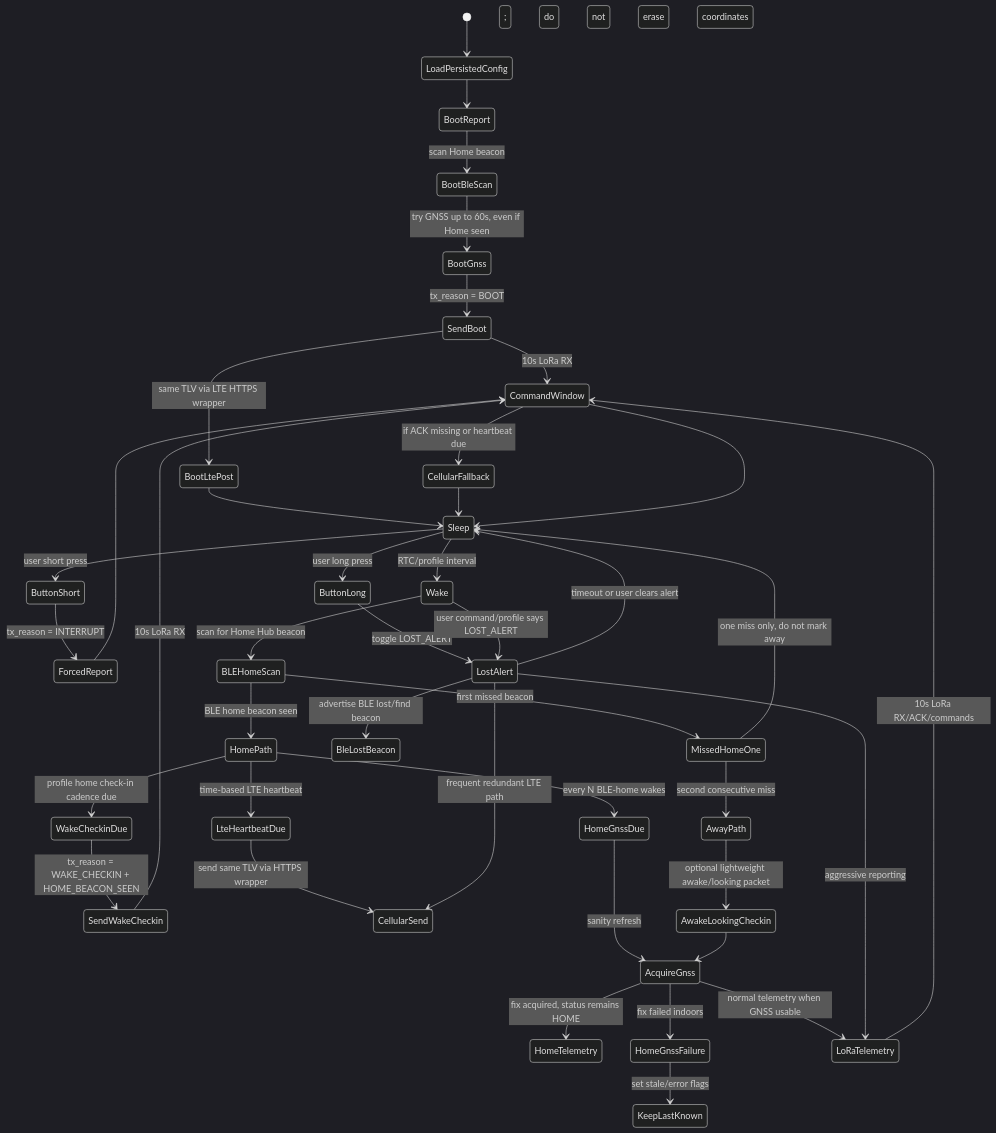
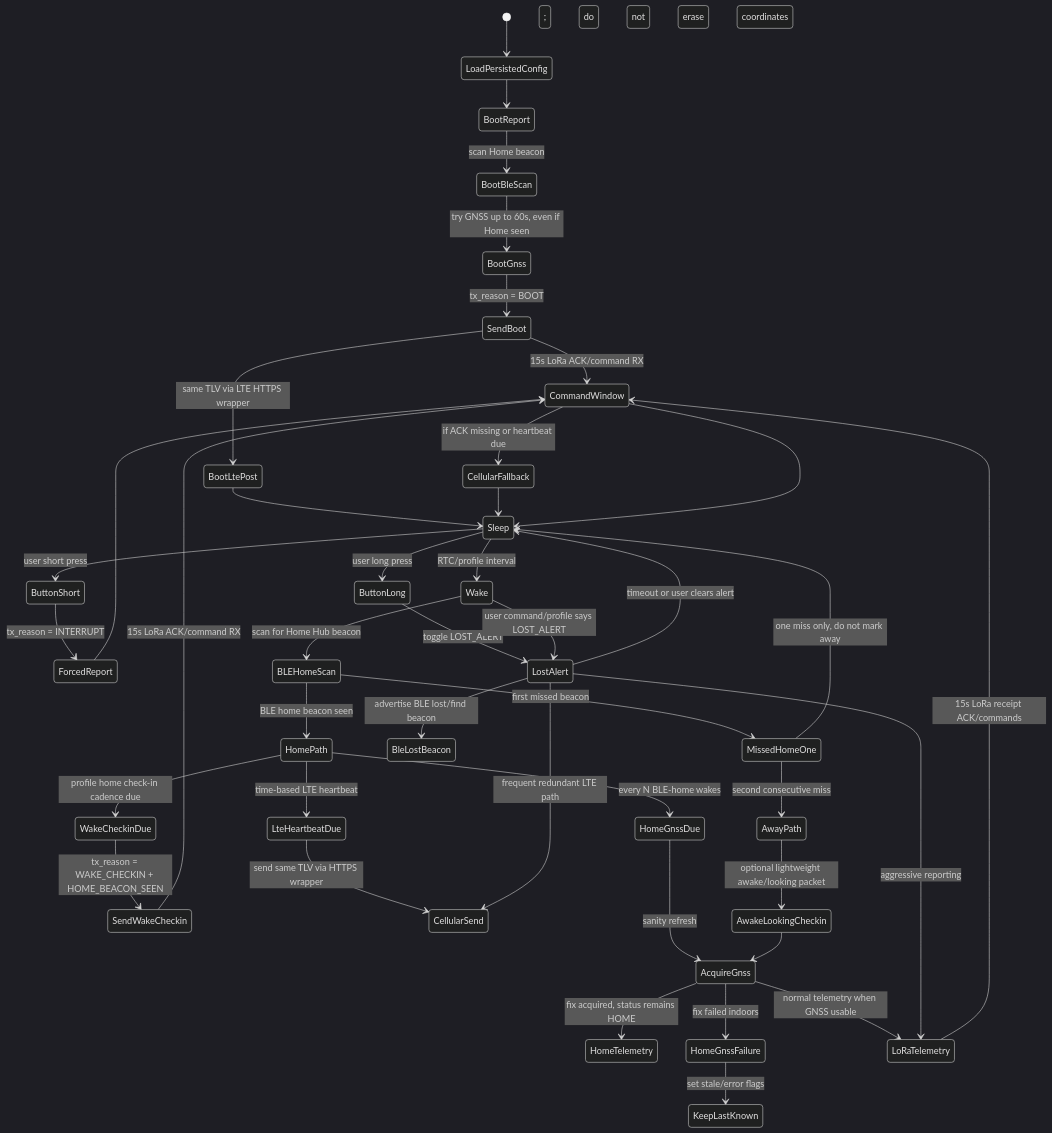
The diagram in docs/COLLAR_RUNTIME_DECISIONS.md (rees3901/BluepawsV4), drawn with Mermaid (dark theme) before and after one commit. The commit also changed other lines of this file and 8 other files, not shown here.

````diff
--- a/docs/COLLAR_RUNTIME_DECISIONS.md
+++ b/docs/COLLAR_RUNTIME_DECISIONS.md
@@ -76,53 +76,53 @@
 ```mermaid
 stateDiagram-v2
   [*] --> LoadPersistedConfig
   LoadPersistedConfig --> BootReport
   BootReport --> BootBleScan: scan Home beacon
   BootBleScan --> BootGnss: try GNSS up to 60s, even if Home seen
   BootGnss --> SendBoot: tx_reason = BOOT
-  SendBoot --> CommandWindow: 10s LoRa RX
+  SendBoot --> CommandWindow: 15s LoRa ACK/command RX
   SendBoot --> BootLtePost: same TLV via LTE HTTPS wrapper
   BootLtePost --> Sleep
 
   Sleep --> ButtonShort: user short press
   ButtonShort --> ForcedReport: tx_reason = INTERRUPT
   ForcedReport --> CommandWindow
 
   Sleep --> ButtonLong: user long press
   ButtonLong --> LostAlert: toggle LOST_ALERT
 
   Sleep --> Wake: RTC/profile interval
   Wake --> BLEHomeScan: scan for Home Hub beacon
 
   BLEHomeScan --> HomePath: BLE home beacon seen
   BLEHomeScan --> MissedHomeOne: first missed beacon
   MissedHomeOne --> Sleep: one miss only, do not mark away
   MissedHomeOne --> AwayPath: second consecutive miss
 
   HomePath --> WakeCheckinDue: profile home check-in cadence due
   WakeCheckinDue --> SendWakeCheckin: tx_reason = WAKE_CHECKIN + HOME_BEACON_SEEN
-  SendWakeCheckin --> CommandWindow: 10s LoRa RX
+  SendWakeCheckin --> CommandWindow: 15s LoRa ACK/command RX
 
   HomePath --> HomeGnssDue: every N BLE-home wakes
   HomeGnssDue --> AcquireGnss: sanity refresh
   AcquireGnss --> HomeTelemetry: fix acquired, status remains HOME
   AcquireGnss --> HomeGnssFailure: fix failed indoors
   HomeGnssFailure --> KeepLastKnown: set stale/error flags; do not erase coordinates
 
   HomePath --> LteHeartbeatDue: time-based LTE heartbeat
   LteHeartbeatDue --> CellularSend: send same TLV via HTTPS wrapper
 
   AwayPath --> AwakeLookingCheckin: optional lightweight awake/looking packet
   AwakeLookingCheckin --> AcquireGnss
   AcquireGnss --> LoRaTelemetry: normal telemetry when GNSS usable
-  LoRaTelemetry --> CommandWindow: 10s LoRa RX/ACK/commands
+  LoRaTelemetry --> CommandWindow: 15s LoRa receipt ACK/commands
   CommandWindow --> CellularFallback: if ACK missing or heartbeat due
   CellularFallback --> Sleep
   CommandWindow --> Sleep
 
   Wake --> LostAlert: user command/profile says LOST_ALERT
   LostAlert --> BleLostBeacon: advertise BLE lost/find beacon
   LostAlert --> LoRaTelemetry: aggressive reporting
   LostAlert --> CellularSend: frequent redundant LTE path
   LostAlert --> Sleep: timeout or user clears alert
 ```
````
